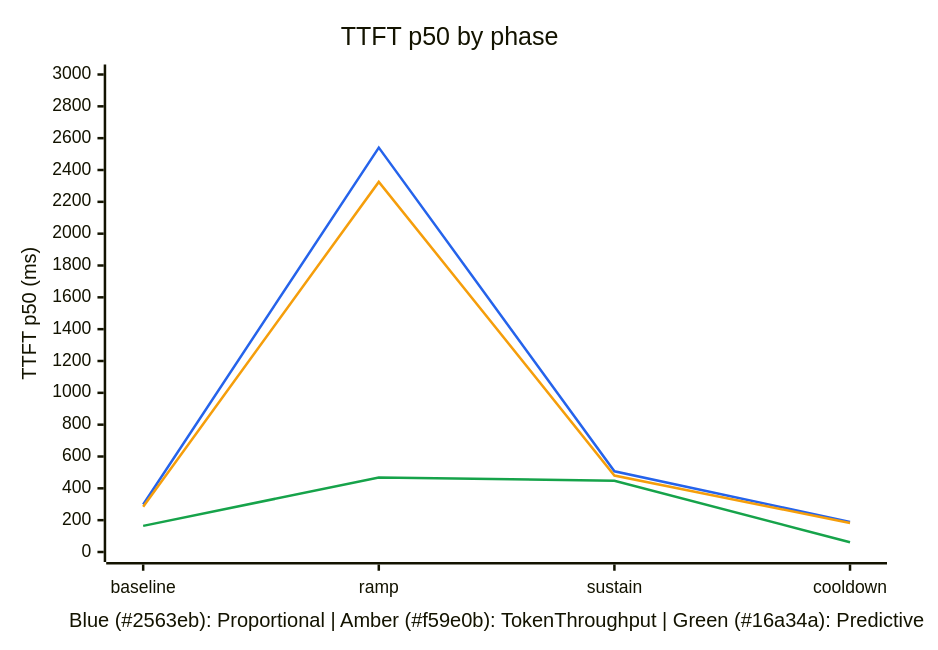
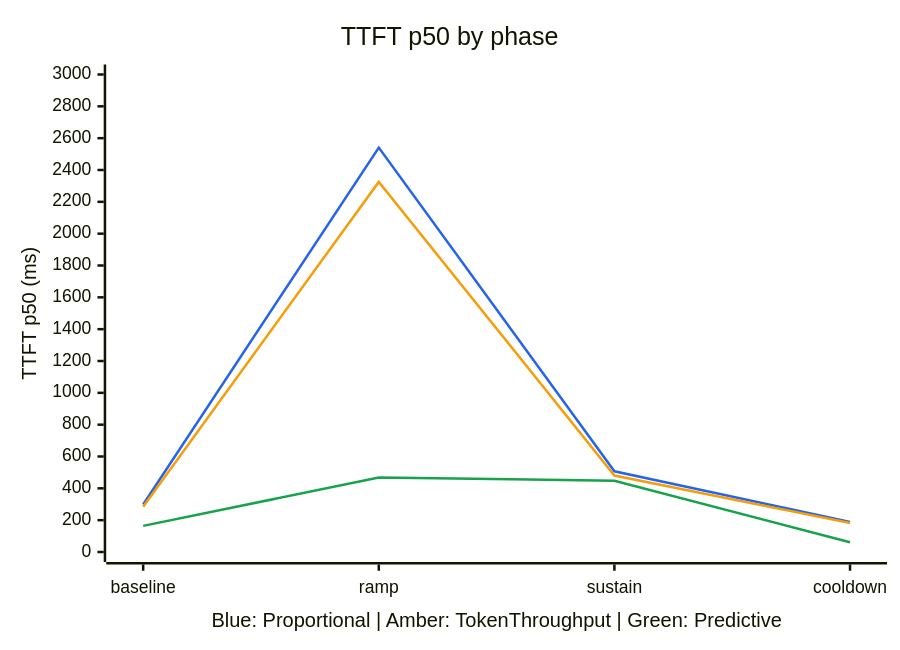
One commit to gpustack/gpustack-operator changed the third of 9 diagrams in docs/modules/model-deployment/scaling-benchmark.md. Above: the diagram before and after it, drawn with Mermaid. The commit also changed other lines of this file, not shown here.

Commit message:
docs(scaling): remove hex color codes from xychart-beta x-axis labels

````diff
--- a/docs/modules/model-deployment/scaling-benchmark.md
+++ b/docs/modules/model-deployment/scaling-benchmark.md
@@ -202,10 +202,10 @@
 ```mermaid
 %%{init: {"themeVariables": {"xyChart": {"plotColorPalette": "#2563eb, #f59e0b, #16a34a"}}}}%%
 xychart-beta
     title "TTFT p50 by phase"
-    x-axis "Blue (#2563eb): Proportional | Amber (#f59e0b): TokenThroughput | Green (#16a34a): Predictive" ["baseline", "ramp", "sustain", "cooldown"]
+    x-axis "Blue: Proportional | Amber: TokenThroughput | Green: Predictive" ["baseline", "ramp", "sustain", "cooldown"]
     y-axis "TTFT p50 (ms)" 0 --> 3000
     line "Proportional" [298.564, 2540.853, 506.734, 188.231]
     line "TokenThroughput" [284.481, 2325.222, 480.418, 182.044]
     line "Predictive" [164.044, 467.906, 447.864, 60.883]
 ```
````
